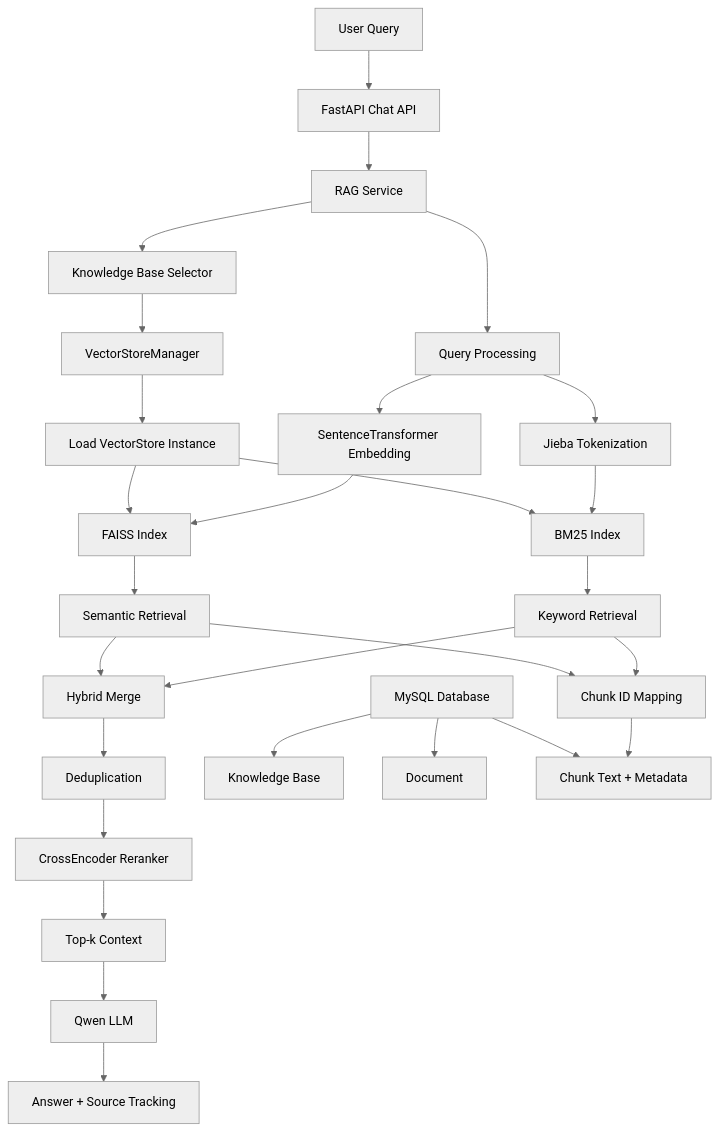
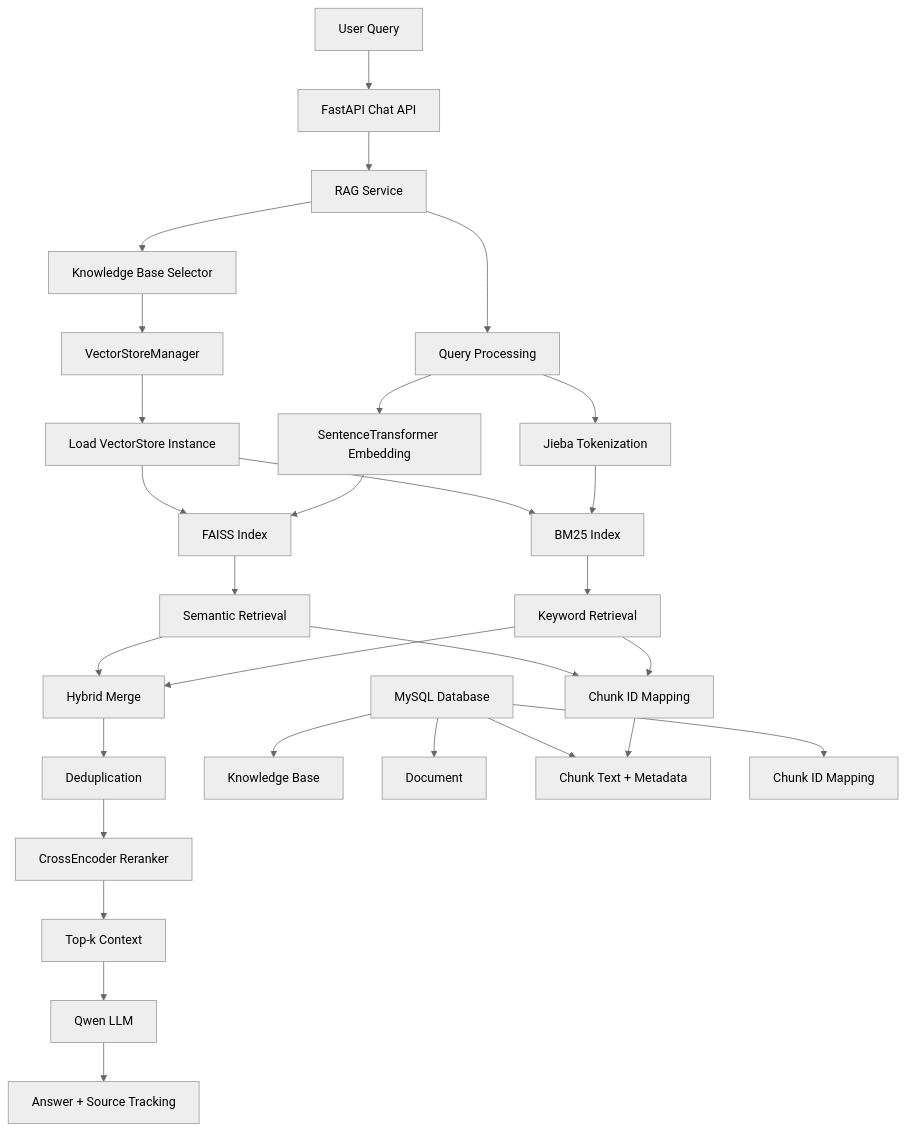
The diagram in docs/v2_rag.md (yzheAI/Multi-Knowledge-Base-RAG-System), drawn with Mermaid (neutral theme) before and after one commit. The commit also changed other lines of this file and 10 other files, not shown here.

````diff
--- a/docs/v2_rag.md
+++ b/docs/v2_rag.md
@@ -23,70 +26,71 @@
 ```mermaid
 graph TD
 A[User Query] --> B[FastAPI Chat API]
 
 B --> C[RAG Service]
 
 C --> D[Knowledge Base Selector]
 
 D --> E[VectorStoreManager]
 
 
 E --> F[Load VectorStore Instance]
 
 
 F --> G1[FAISS Index]
 F --> G2[BM25 Index]
 
 
 C --> H[Query Processing]
 
 
 H --> I1[SentenceTransformer Embedding]
 
 H --> I2[Jieba Tokenization]
 
 
 I1 --> G1
 I2 --> G2
 
 
 G1 --> J1[Semantic Retrieval]
 
 G2 --> J2[Keyword Retrieval]
 
 
 J1 --> K[Hybrid Merge]
 
 J2 --> K
 
 
 K --> L[Deduplication]
 
 L --> M[CrossEncoder Reranker]
 
 M --> N[Top-k Context]
 
 
 N --> O[Qwen LLM]
 
 O --> P[Answer + Source Tracking]
 
 
 
 %% Database
 
 Q[MySQL Database]
 
 Q --> Q1[Knowledge Base]
 
 Q --> Q2[Document]
 
 Q --> Q3[Chunk Text + Metadata]
 
+Q --> Q4[Chunk ID Mapping]
 
 J1 --> R[Chunk ID Mapping]
 
 J2 --> R
 
 R --> Q3
 ```
````
